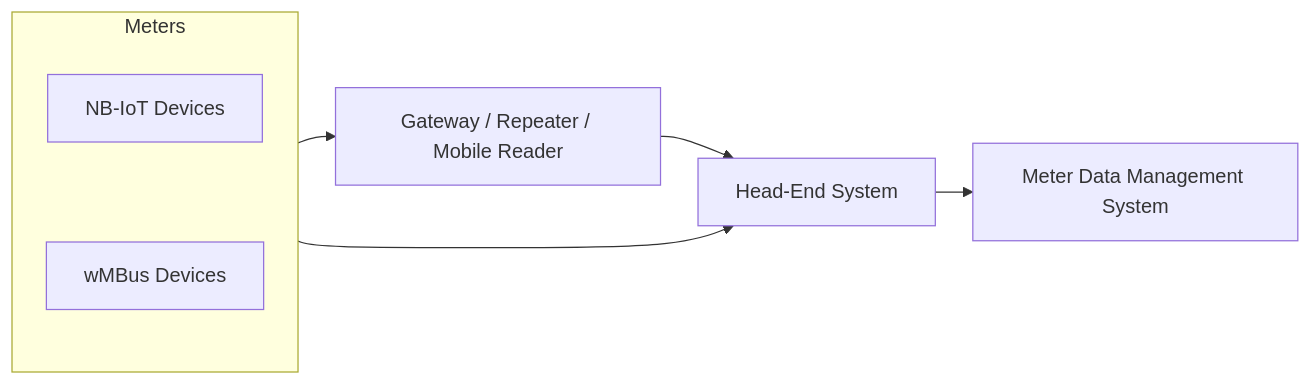
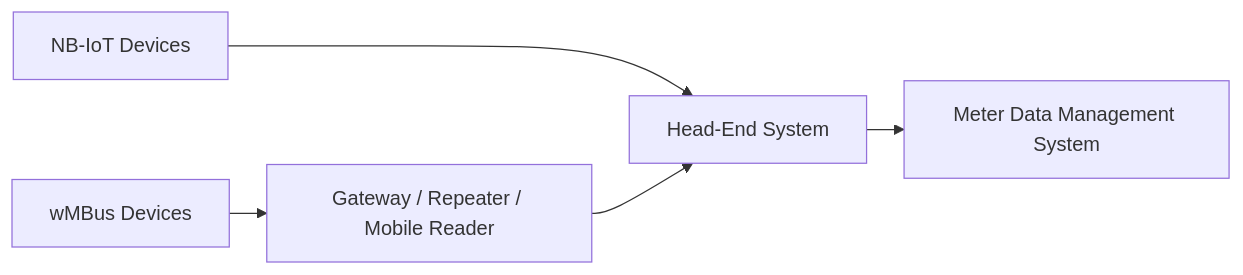
Before and after one commit to desmundyeng/doc: the first of 2 diagrams in Writerside/topics/MDMS-Introduction.md, drawn with Mermaid.

Commit message:
MDMS - Introduction.md - System-Architecture.md - Features/Authentication.md

````diff
--- a/Writerside/topics/MDMS-Introduction.md
+++ b/Writerside/topics/MDMS-Introduction.md
@@ -7,13 +7,10 @@
 ```mermaid
 flowchart LR
 %%{init:{'flowchart':{'nodeSpacing': 80, 'rankSpacing': 30}}}%%
-    subgraph Meters
-        direction LR
-        A[NB-IoT Devices]
-        B[wMBus Devices]
-    end
+    A[NB-IoT Devices]
+    B[wMBus Devices]
 
     A ---> C[Head-End System]
     B --> D[Gateway / Repeater / Mobile Reader] --> C
     C --> E[Meter Data Management System]
 ```
````
